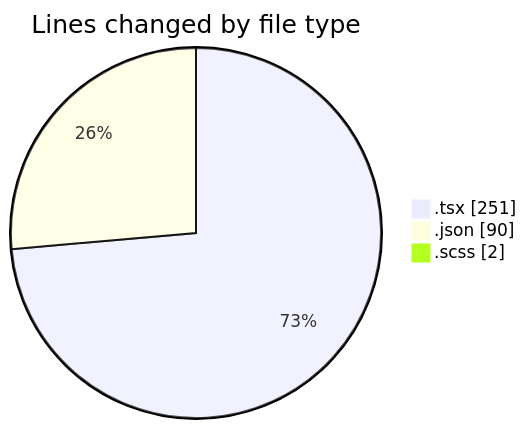
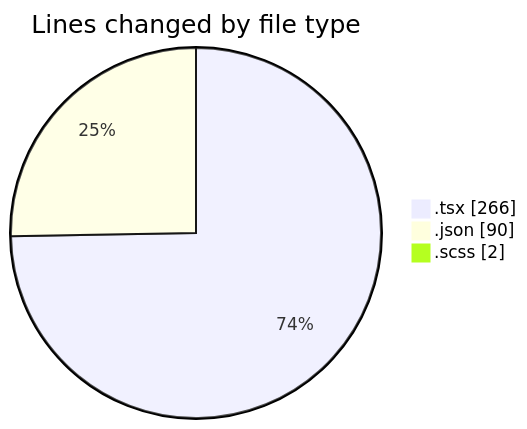
Before and after one commit to momahboobian/code-tracking: the first of 2 diagrams in 2026-05-13/cda/README.md, drawn with Mermaid. The commit also changed other lines of this file and 1 other file, not shown here.

````diff
--- a/2026-05-13/cda/README.md
+++ b/2026-05-13/cda/README.md
@@ -24,7 +24,7 @@
 ```mermaid
 pie showData
 title Lines changed by file type
-".tsx" : 251
+".tsx" : 266
 ".json" : 90
 ".scss" : 2
 ```
````
